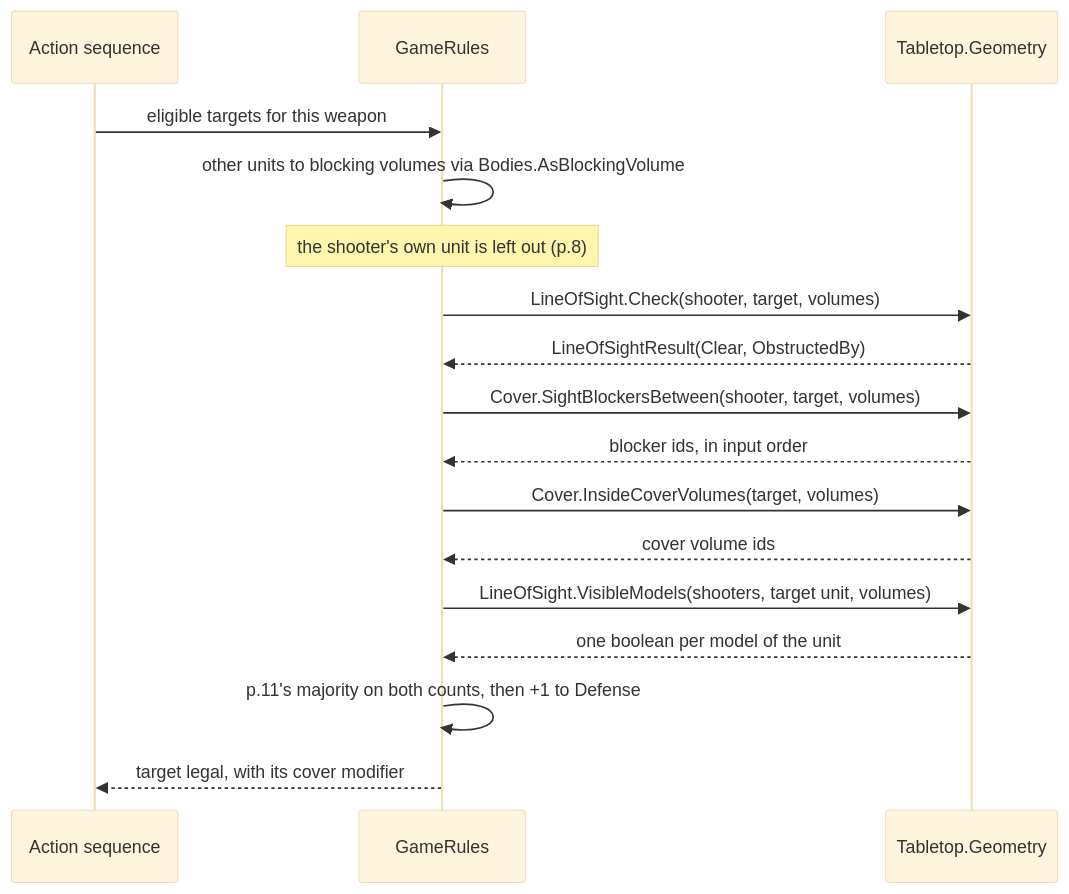
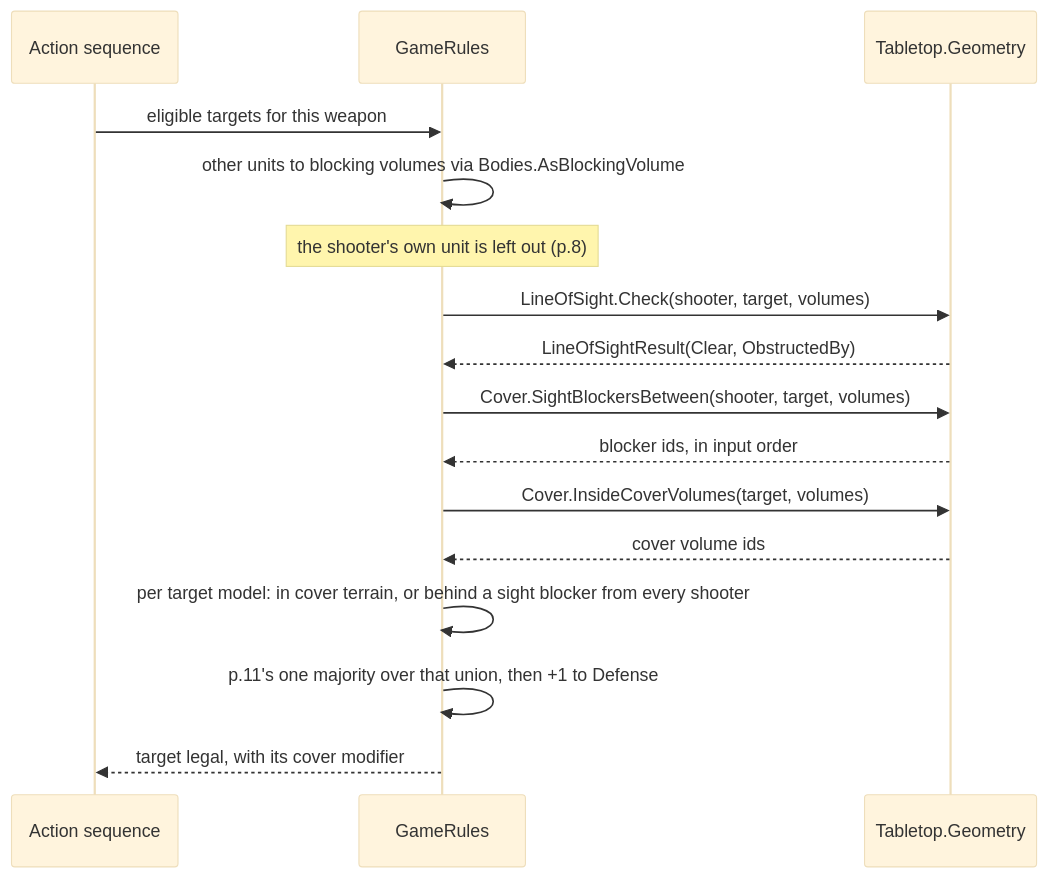
Before and after one commit to cstupi/tabletop: the ninth of 12 diagrams in docs/design/geometry/design.md, drawn with Mermaid (base theme). The commit also changed other lines of this file and 44 other files, not shown here.

Commit message:
Apply the interpreter and scheduler reports to docs: cover as one majority over in-terrain, screened and unseen models (R-N16), Indirect drops only the sight half, geometry validity checks, scheduler plan and design to match main; rewrite the handoff for steps 1-4 merged and checkpoints 1 and 2

````diff
--- a/docs/design/geometry/design.md
+++ b/docs/design/geometry/design.md
@@ -926,19 +935,18 @@
 ```mermaid
 sequenceDiagram
     participant Seq as Action sequence
     participant GR as GameRules
     participant Geo as Tabletop.Geometry
     Seq->>GR: eligible targets for this weapon
     GR->>GR: other units to blocking volumes via Bodies.AsBlockingVolume
     Note over GR: the shooter's own unit is left out (p.8)
     GR->>Geo: LineOfSight.Check(shooter, target, volumes)
     Geo-->>GR: LineOfSightResult(Clear, ObstructedBy)
     GR->>Geo: Cover.SightBlockersBetween(shooter, target, volumes)
     Geo-->>GR: blocker ids, in input order
     GR->>Geo: Cover.InsideCoverVolumes(target, volumes)
     Geo-->>GR: cover volume ids
-    GR->>Geo: LineOfSight.VisibleModels(shooters, target unit, volumes)
-    Geo-->>GR: one boolean per model of the unit
-    GR->>GR: p.11's majority on both counts, then +1 to Defense
+    GR->>GR: per target model: in cover terrain, or behind a sight blocker from every shooter
+    GR->>GR: p.11's one majority over that union, then +1 to Defense
     GR-->>Seq: target legal, with its cover modifier
 ```
````
